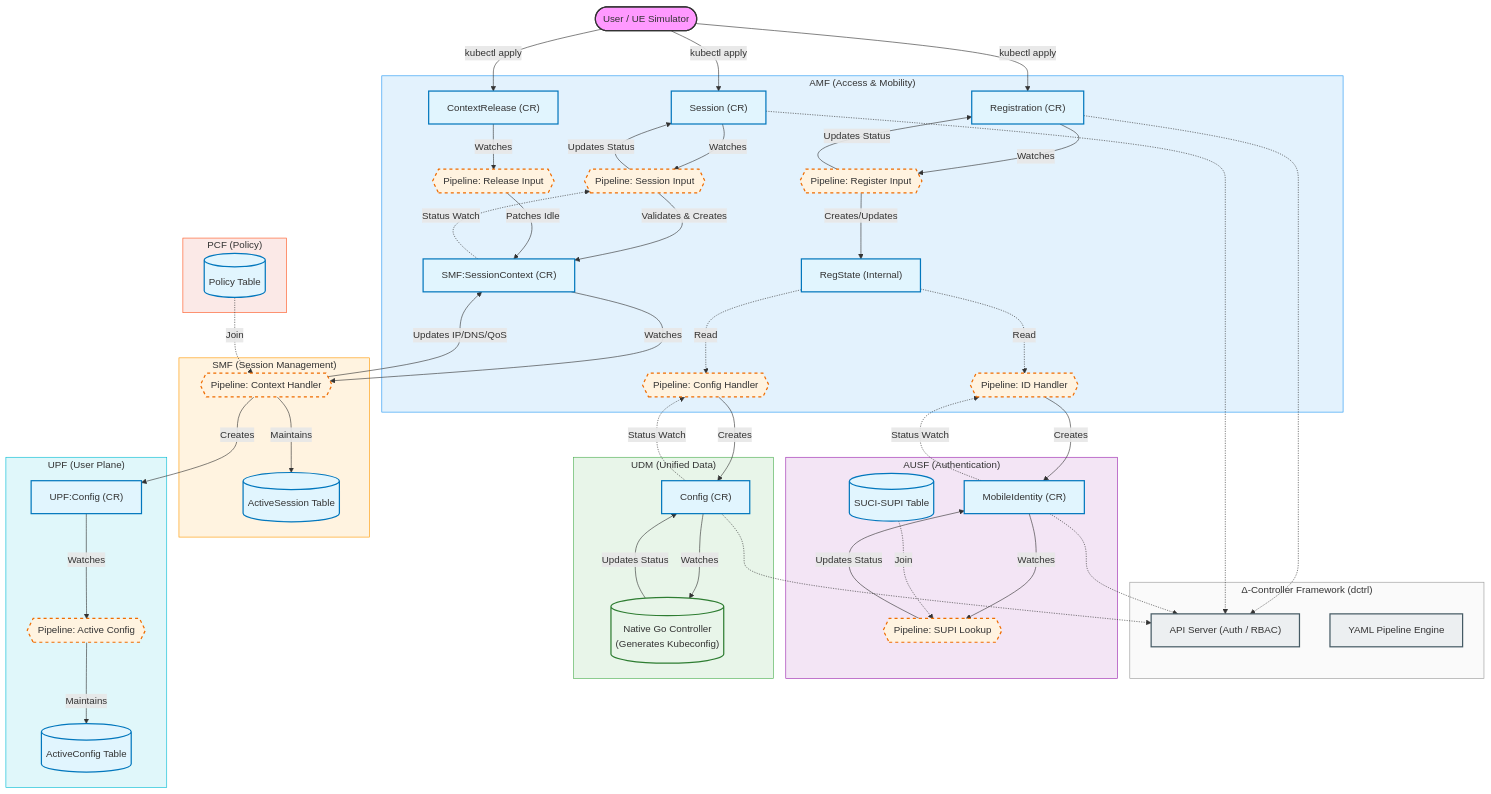
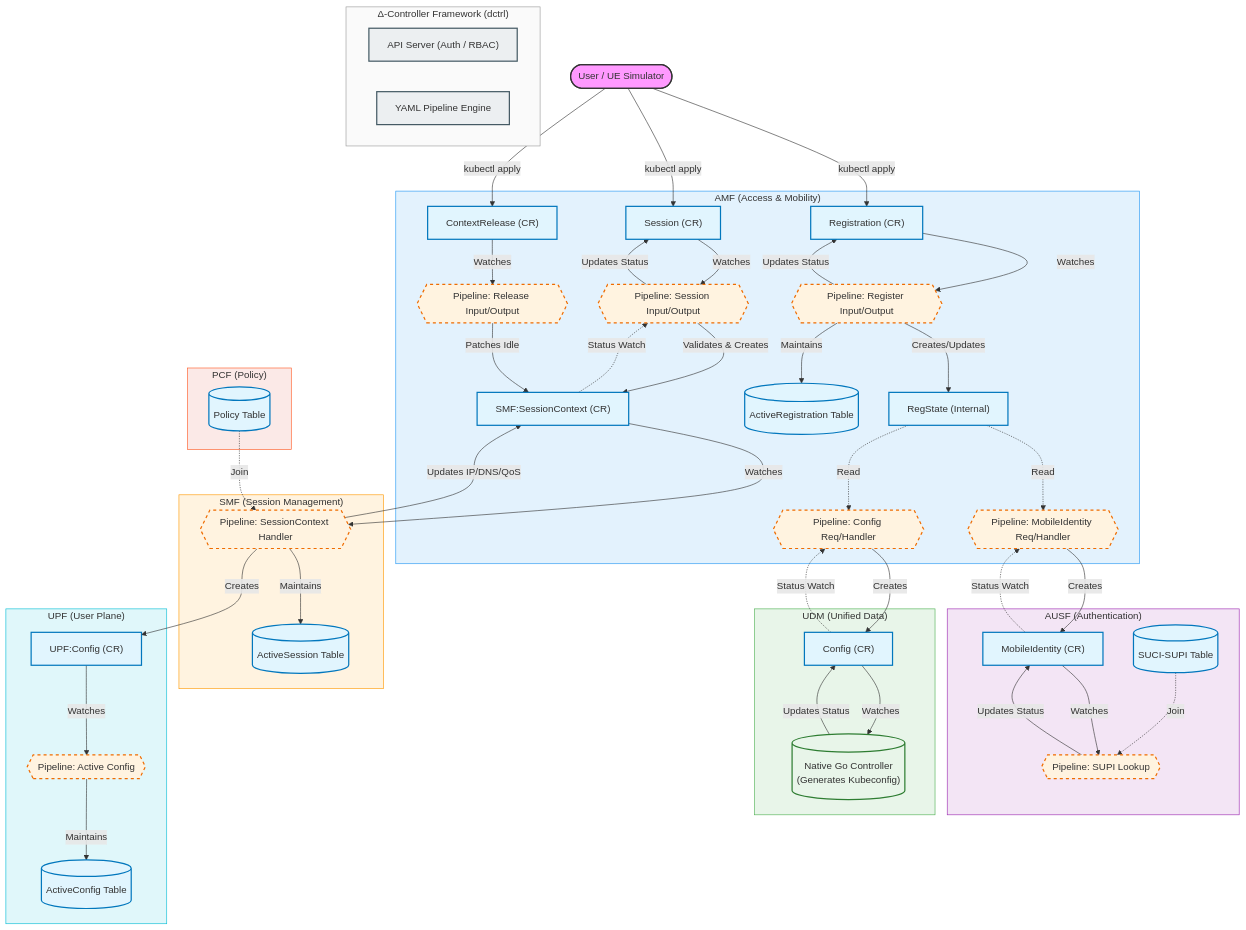
The first of 4 diagrams in README.md (hsnlab/dctrl5g), drawn with Mermaid before and after one commit. The commit also changed other lines of this file, not shown here.

````diff
--- a/README.md
+++ b/README.md
@@ -56,16 +56,18 @@
     subgraph AMF_Operator ["AMF (Access & Mobility)"]
         style AMF_Operator fill:#e3f2fd,stroke:#2196f3
 
-        Registration -->|Watches| AMF_Reg_Pipe{{Pipeline: Register Input}}:::logic
+        Registration -->|Watches| AMF_Reg_Pipe{{Pipeline: Register Input/Output}}:::logic
         AMF_Reg_Pipe -->|Creates/Updates| RegState["RegState (Internal)"]:::cr
+        ActiveRegistration[("ActiveRegistration Table")]:::cr
+        AMF_Reg_Pipe -->|Maintains| ActiveRegistration
 
-        RegState -.->|Read| AMF_Id_Pipe{{Pipeline: ID Handler}}:::logic
-        RegState -.->|Read| AMF_Config_Pipe{{Pipeline: Config Handler}}:::logic
+        RegState -.->|Read| AMF_Id_Pipe{{Pipeline: MobileIdentity Req/Handler}}:::logic
+        RegState -.->|Read| AMF_Config_Pipe{{Pipeline: Config Req/Handler}}:::logic
 
-        Session -->|Watches| AMF_Sess_Pipe{{Pipeline: Session Input}}:::logic
+        Session -->|Watches| AMF_Sess_Pipe{{Pipeline: Session Input/Output}}:::logic
         AMF_Sess_Pipe -->|Validates & Creates| SessionContext["SMF:SessionContext (CR)"]:::cr
 
-        CtxRel -->|Watches| AMF_Rel_Pipe{{Pipeline: Release Input}}:::logic
+        CtxRel -->|Watches| AMF_Rel_Pipe{{Pipeline: Release Input/Output}}:::logic
         AMF_Rel_Pipe -->|Patches Idle| SessionContext
     end
 
@@ -95,7 +97,7 @@
     subgraph SMF_Operator ["SMF (Session Management)"]
         style SMF_Operator fill:#fff3e0,stroke:#ff9800
 
-        SessionContext -->|Watches| SMF_Pipe{{Pipeline: Context Handler}}:::logic
+        SessionContext -->|Watches| SMF_Pipe{{Pipeline: SessionContext Handler}}:::logic
         ActiveSess[("ActiveSession Table")]:::cr
 
         SMF_Pipe -->|Updates IP/DNS/QoS| SessionContext
@@ -124,10 +126,4 @@
     SessionContext -.->|Status Watch| AMF_Sess_Pipe
     AMF_Sess_Pipe -->|Updates Status| Session
     AMF_Reg_Pipe -->|Updates Status| Registration
-
-    %% Link Framework
-    Registration -.-> APIServer
-    Session -.-> APIServer
-    UdmConfig -.-> APIServer
-    MobileIdentity -.-> APIServer
 ```
````
